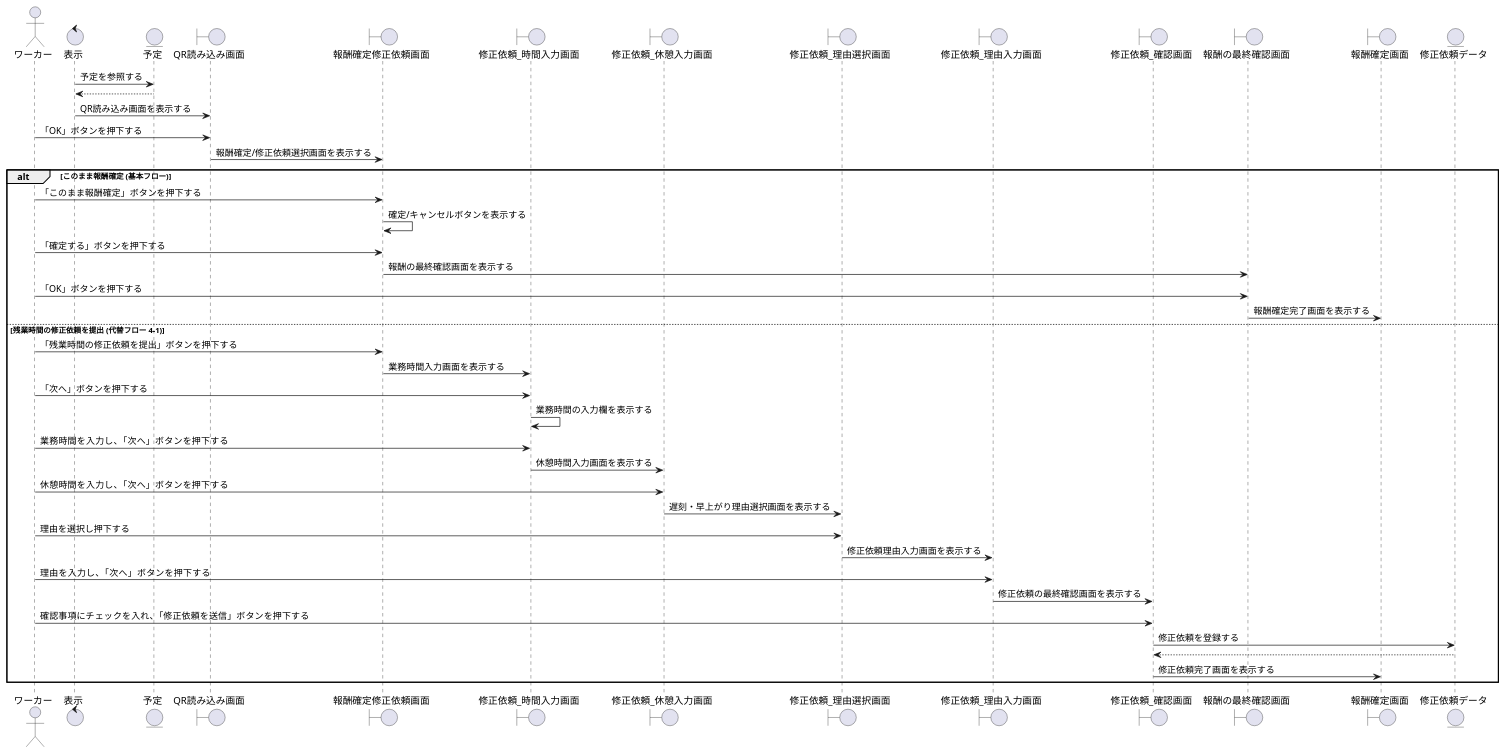
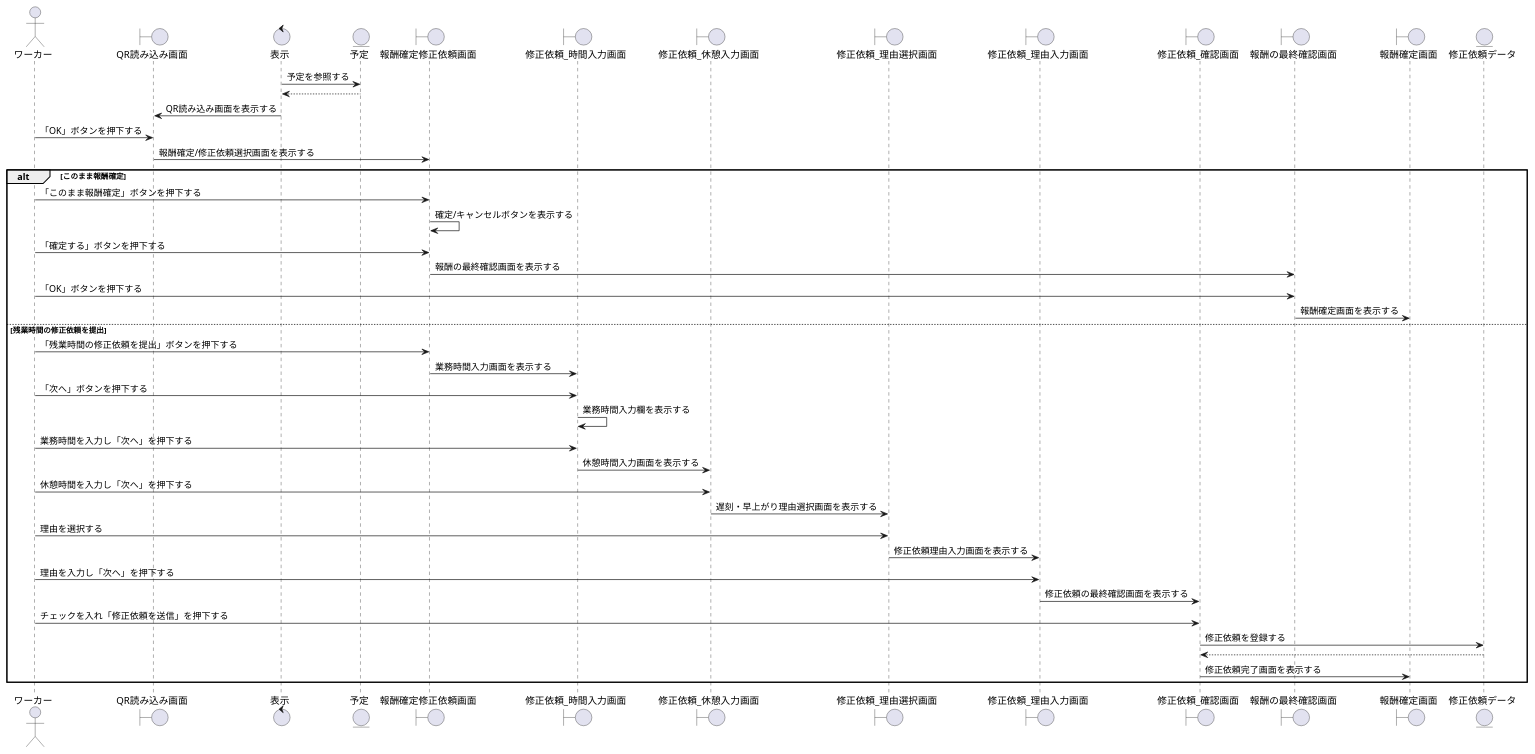
One commit to irukacb256/high_Me changed the diagram in sequence_fig/4_business_fn/1_2QRの読み取りをする（退勤）.pu. Above: the diagram before and after it, drawn with PlantUML. The commit also changed 6 other files, not shown here.

```diff
--- a/sequence_fig/4_business_fn/1_2QRの読み取りをする（退勤）.pu
+++ b/sequence_fig/4_business_fn/1_2QRの読み取りをする（退勤）.pu
@@ -1,102 +1,58 @@
 @startuml QRの読み取りをする（退勤）
 
-' 登場人物とコンポーネント
 actor ワーカー as wo1
+boundary QR読み込み画面 as ch1
 control 表示 as co1
 entity 予定 as en1
-boundary QR読み込み画面 as ch1
 boundary 報酬確定修正依頼画面 as rc1
 boundary 修正依頼_時間入力画面 as mr1 
 boundary 修正依頼_休憩入力画面 as mr2 
 boundary 修正依頼_理由選択画面 as mr3 
 boundary 修正依頼_理由入力画面 as mr4 
 boundary 修正依頼_確認画面 as mr5 
 boundary 報酬の最終確認画面 as rl1
 boundary 報酬確定画面 as rc2
-entity 修正依頼データ as md1 
+entity 修正依頼データ as md1
 
-' 基本フロー 1-3 (QR読み取り～報酬確定/修正依頼選択画面)
 co1 -> en1 : 予定を参照する
-en1 --> co1 
+en1 --> co1
 
-' 基本フロー 1
 co1 -> ch1 : QR読み込み画面を表示する
 
-' 基本フロー 2
 wo1 -> ch1 : 「OK」ボタンを押下する
 
-' 基本フロー 3
 ch1 -> rc1 : 報酬確定/修正依頼選択画面を表示する
 
-' 基本フロー 4 (選択肢)
-alt このまま報酬確定 (基本フロー)
-    ' 基本フロー 4
+alt このまま報酬確定
     wo1 -> rc1 : 「このまま報酬確定」ボタンを押下する
+    rc1 -> rc1 : 確定/キャンセルボタンを表示する
+    wo1 -> rc1 : 「確定する」ボタンを押下する
+    rc1 -> rl1 : 報酬の最終確認画面を表示する
+    wo1 -> rl1 : 「OK」ボタンを押下する
+    rl1 -> rc2 : 報酬確定画面を表示する
 
-    ' 基本フロー 5: システムは画面を表示する
-    rc1 -> rc1 : 確定/キャンセルボタンを表示する 
-    
-    ' 基本フロー 6: ユーザーは「報酬を受け取る」ボタンを押下する
-    ' 基本フロー 8: ユーザーは「確定する」ボタンを押下する
-    ' -> ステップ5-8を合わせて「確定する」ボタン押下と解釈
-    wo1 -> rc1 : 「確定する」ボタンを押下する 
+else 残業時間の修正依頼を提出
+    wo1 -> rc1 : 「残業時間の修正依頼を提出」ボタンを押下する
+    rc1 -> mr1 : 業務時間入力画面を表示する
+    wo1 -> mr1 : 「次へ」ボタンを押下する
+    mr1 -> mr1 : 業務時間入力欄を表示する
+    wo1 -> mr1 : 業務時間を入力し「次へ」を押下する
 
-    ' 基本フロー 9: システムは画面を表示する (最終確認画面)
-    rc1 -> rl1 : 報酬の最終確認画面を表示する
+    mr1 -> mr2 : 休憩時間入力画面を表示する
+    wo1 -> mr2 : 休憩時間を入力し「次へ」を押下する
 
-    ' 基本フロー 10: ユーザーは「OK」ボタンを押下する
-    wo1 -> rl1 : 「OK」ボタンを押下する
+    mr2 -> mr3 : 遅刻・早上がり理由選択画面を表示する
+    wo1 -> mr3 : 理由を選択する
 
-    ' 基本フロー 11: システムは画面を表示する (確定完了画面)
-    rl1 -> rc2 : 報酬確定完了画面を表示する
+    mr3 -> mr4 : 修正依頼理由入力画面を表示する
+    wo1 -> mr4 : 理由を入力し「次へ」を押下する
 
-else 残業時間の修正依頼を提出 (代替フロー 4-1)
-
-    ' 代替フロー 4-1: 「残業時間の修正依頼を提出」ボタンを押下した場合
-    wo1 -> rc1 : 「残業時間の修正依頼を提出」ボタンを押下する
-
-    ' 代替フロー 4-1-1: システムは画面を表示する (業務時間入力画面)
-    rc1 -> mr1 : 業務時間入力画面を表示する
-
-    ' 代替フロー 4-1-2: ユーザーは「次へ」ボタンを押下する
-    wo1 -> mr1 : 「次へ」ボタンを押下する
-
-    ' 代替フロー 4-1-3: システムは画面を表示する (※時間入力のための再表示または次のステップへ)
-    ' 4-1-4で入力を伴うため、画面の準備と解釈
-    mr1 -> mr1 : 業務時間の入力欄を表示する 
-
-    ' 代替フロー 4-1-4: 業務時間入力と「次へ」
-    wo1 -> mr1 : 業務時間を入力し、「次へ」ボタンを押下する
-
-    ' 代替フロー 4-1-5: システムは画面を表示する (休憩時間入力画面)
-    mr1 -> mr2 : 休憩時間入力画面を表示する
-
-    ' 代替フロー 4-1-6: 休憩時間入力と「次へ」
-    wo1 -> mr2 : 休憩時間を入力し、「次へ」ボタンを押下する
-
-    ' 代替フロー 4-1-7: システムは画面を表示する (理由選択画面)
-    mr2 -> mr3 : 遅刻・早上がり理由選択画面を表示する
-
-    ' 代替フロー 4-1-8: 理由の選択
-    wo1 -> mr3 : 理由を選択し押下する
-
-    ' 代替フロー 4-1-9: システムは画面を表示する (理由入力画面)
-    mr3 -> mr4 : 修正依頼理由入力画面を表示する
-
-    ' 代替フロー 4-1-10: 理由入力と「次へ」
-    wo1 -> mr4 : 理由を入力し、「次へ」ボタンを押下する
-
-    ' 代替フロー 4-1-11: システムは画面を表示する (最終確認画面)
     mr4 -> mr5 : 修正依頼の最終確認画面を表示する
-
-    ' 代替フロー 4-1-12: チェックと「修正依頼を送信」
-    wo1 -> mr5 : 確認事項にチェックを入れ、「修正依頼を送信」ボタンを押下する
+    wo1 -> mr5 : チェックを入れ「修正依頼を送信」を押下する
     mr5 -> md1 : 修正依頼を登録する
     md1 --> mr5
 
-    ' 代替フロー 4-1-13: システムは画面を表示する (完了画面)
     mr5 -> rc2 : 修正依頼完了画面を表示する
-
 end
 
 @enduml
```
